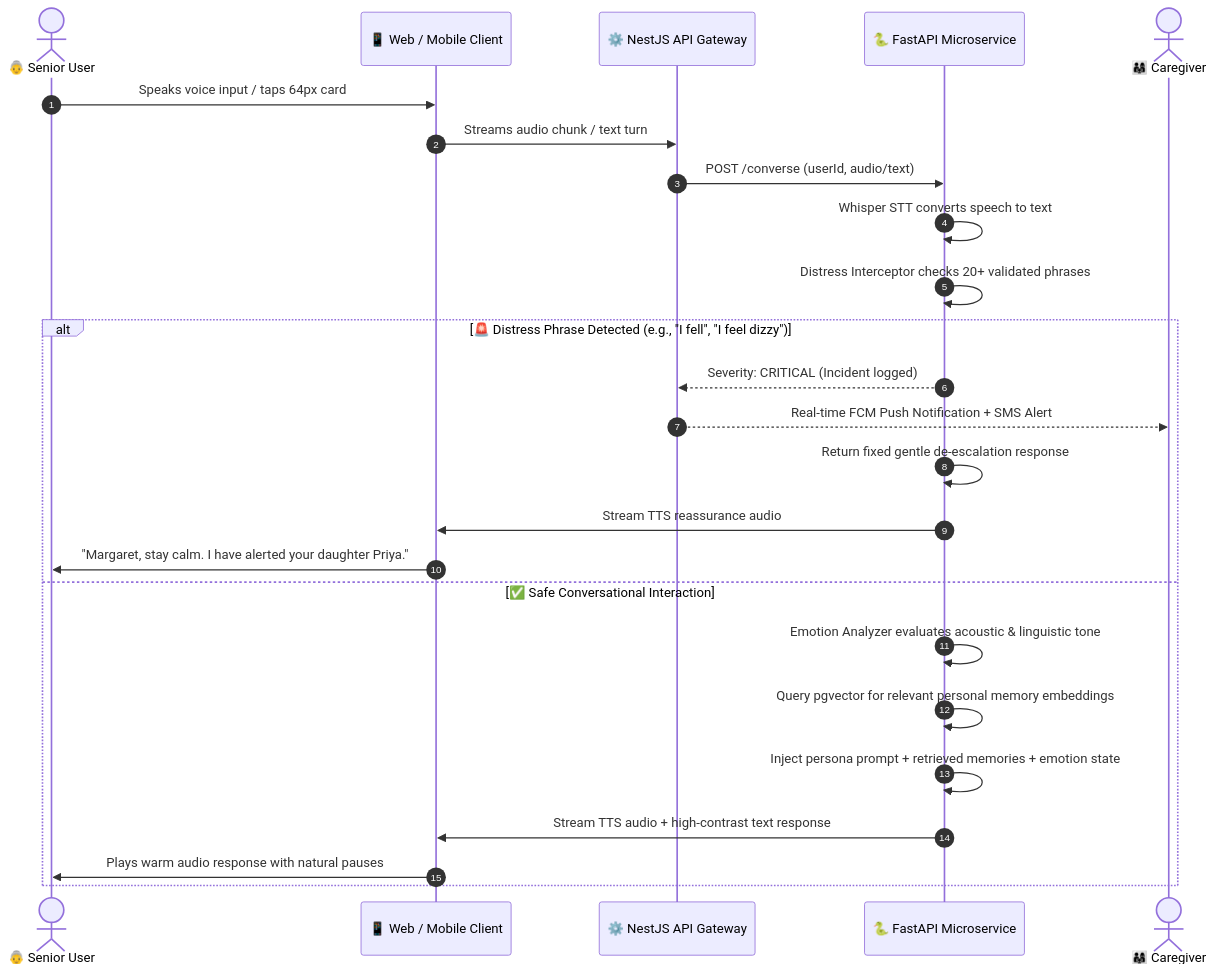
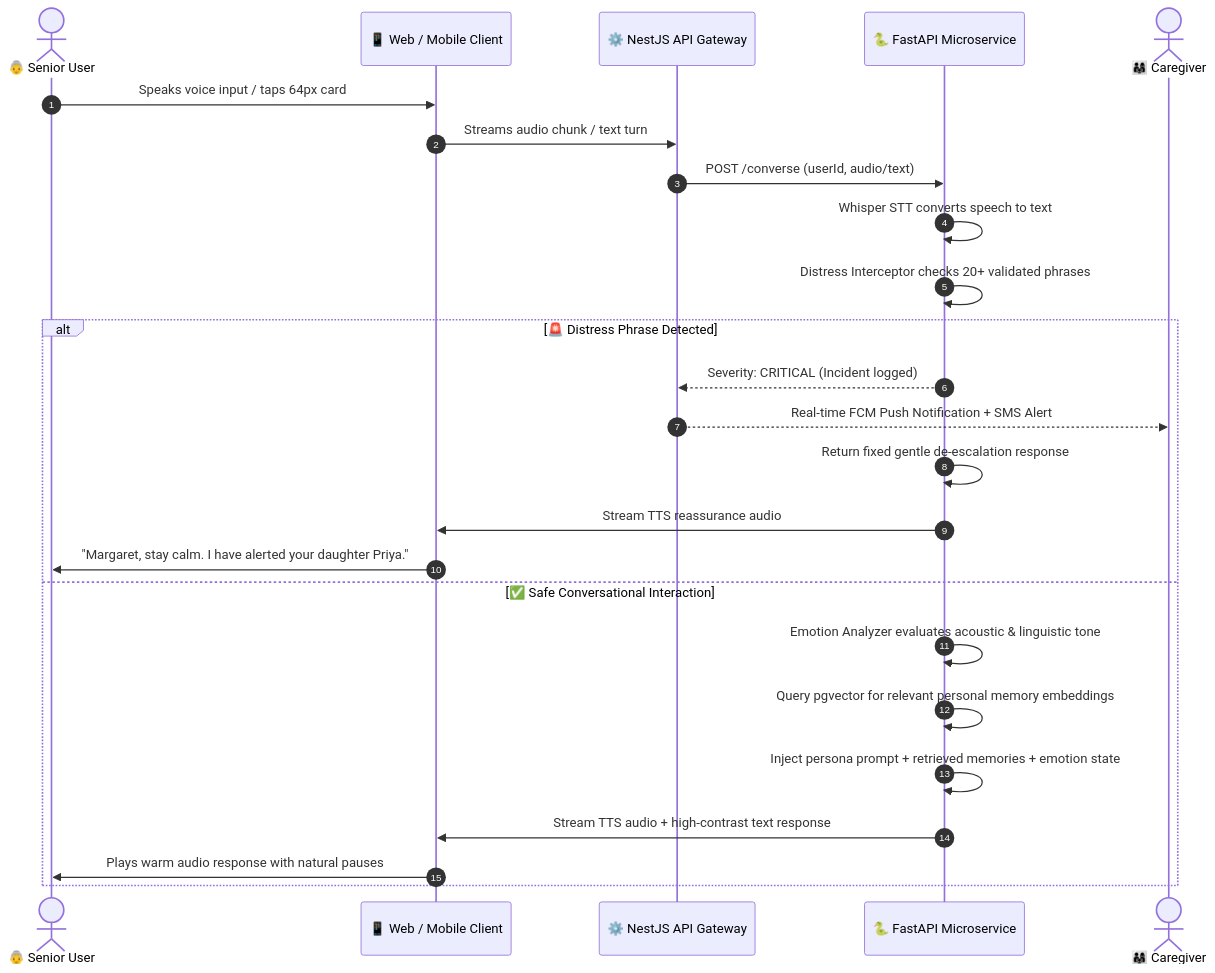
One commit to yukesh4349/Granny changed the second of 2 diagrams in README.md. Above: the diagram before and after it, drawn with Mermaid. The commit also changed other lines of this file, not shown here.

````diff
--- a/README.md
+++ b/README.md
@@ -208,28 +218,31 @@
 ```mermaid
 sequenceDiagram
     autonumber
+
     actor Elder as 👵 Senior User
     participant Client as 📱 Web / Mobile Client
     participant Nest as ⚙️ NestJS API Gateway
     participant AI as 🐍 FastAPI Microservice
     actor Caregiver as 👨‍👩‍👧 Caregiver
 
     Elder->>Client: Speaks voice input / taps 64px card
     Client->>Nest: Streams audio chunk / text turn
     Nest->>AI: POST /converse (userId, audio/text)
     AI->>AI: Whisper STT converts speech to text
     AI->>AI: Distress Interceptor checks 20+ validated phrases
-    alt 🚨 Distress Phrase Detected (e.g., "I fell", "I feel dizzy")
+
+    alt 🚨 Distress Phrase Detected
         AI-->>Nest: Severity: CRITICAL (Incident logged)
         Nest-->>Caregiver: Real-time FCM Push Notification + SMS Alert
         AI->>AI: Return fixed gentle de-escalation response
         AI->>Client: Stream TTS reassurance audio
         Client->>Elder: "Margaret, stay calm. I have alerted your daughter Priya."
+
     else ✅ Safe Conversational Interaction
         AI->>AI: Emotion Analyzer evaluates acoustic & linguistic tone
         AI->>AI: Query pgvector for relevant personal memory embeddings
         AI->>AI: Inject persona prompt + retrieved memories + emotion state
         AI->>Client: Stream TTS audio + high-contrast text response
         Client->>Elder: Plays warm audio response with natural pauses
     end
 ```
````
